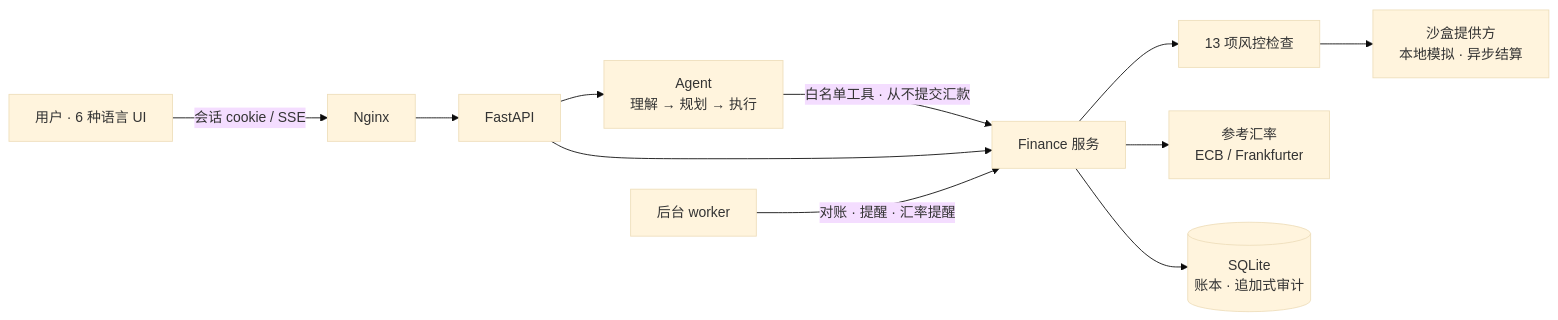
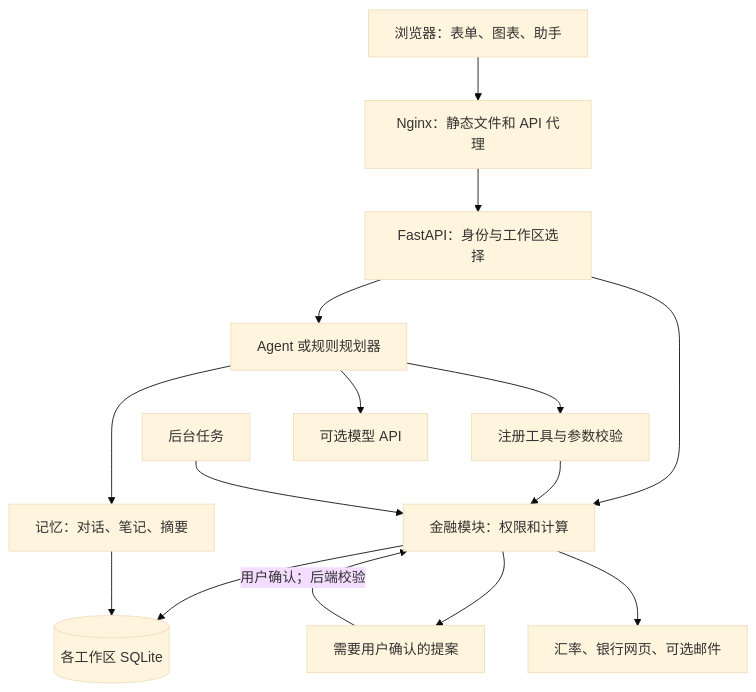
Before and after one commit to ytan0008/dot-remittance-agent: the diagram in README.zh-CN.md, drawn with Mermaid (base theme). The commit also changed other lines of this file and 44 other files, not shown here.

````diff
--- a/README.zh-CN.md
+++ b/README.zh-CN.md
@@ -202,13 +53,17 @@
 ```mermaid
-flowchart LR
-    U[用户 · 6 种语言 UI] -->|会话 cookie / SSE| N[Nginx]
-    N --> API[FastAPI]
-    API --> AG[Agent<br/>理解 → 规划 → 执行]
-    AG -->|白名单工具 · 从不提交汇款| S[Finance 服务]
-    API --> S
-    S --> G[13 项风控检查]
-    G --> SB[沙盒提供方<br/>本地模拟 · 异步结算]
-    S --> R[参考汇率<br/>ECB / Frankfurter]
-    S --> DB[(SQLite<br/>账本 · 追加式审计)]
-    W[后台 worker] -->|对账 · 提醒 · 汇率提醒| S
+flowchart TD
+    U[浏览器：表单、图表、助手] --> N[Nginx：静态文件和 API 代理]
+    N --> A[FastAPI：身份与工作区选择]
+    A --> G[Agent 或规则规划器]
+    G --> T[注册工具与参数校验]
+    A --> F[金融模块：权限和计算]
+    T --> F
+    F --> D[(各工作区 SQLite)]
+    G --> M[记忆：对话、笔记、摘要]
+    M --> D
+    F --> P[需要用户确认的提案]
+    P -->|用户确认；后端校验| F
+    W[后台任务] --> F
+    G --> X[可选模型 API]
+    F --> E[汇率、银行网页、可选邮件]
 ```
````
